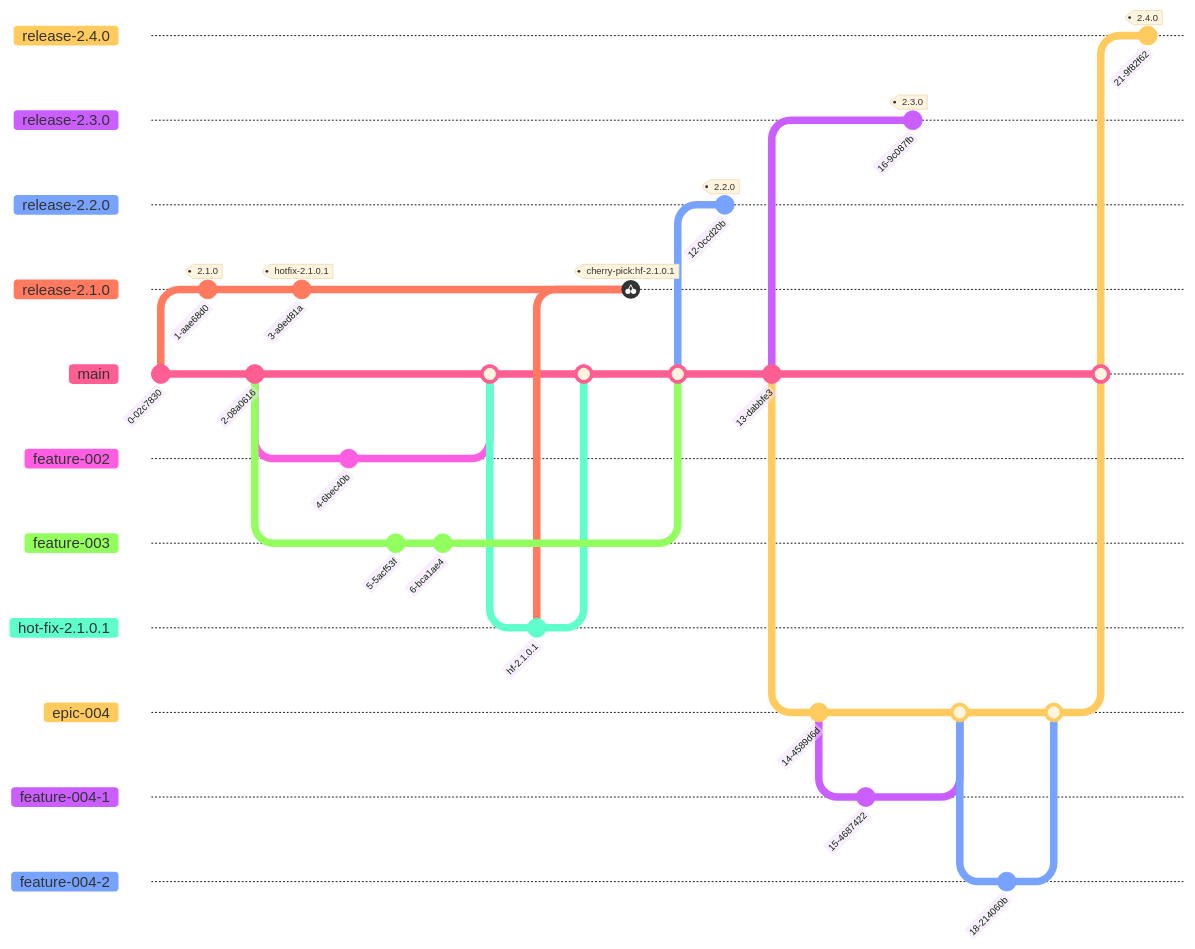
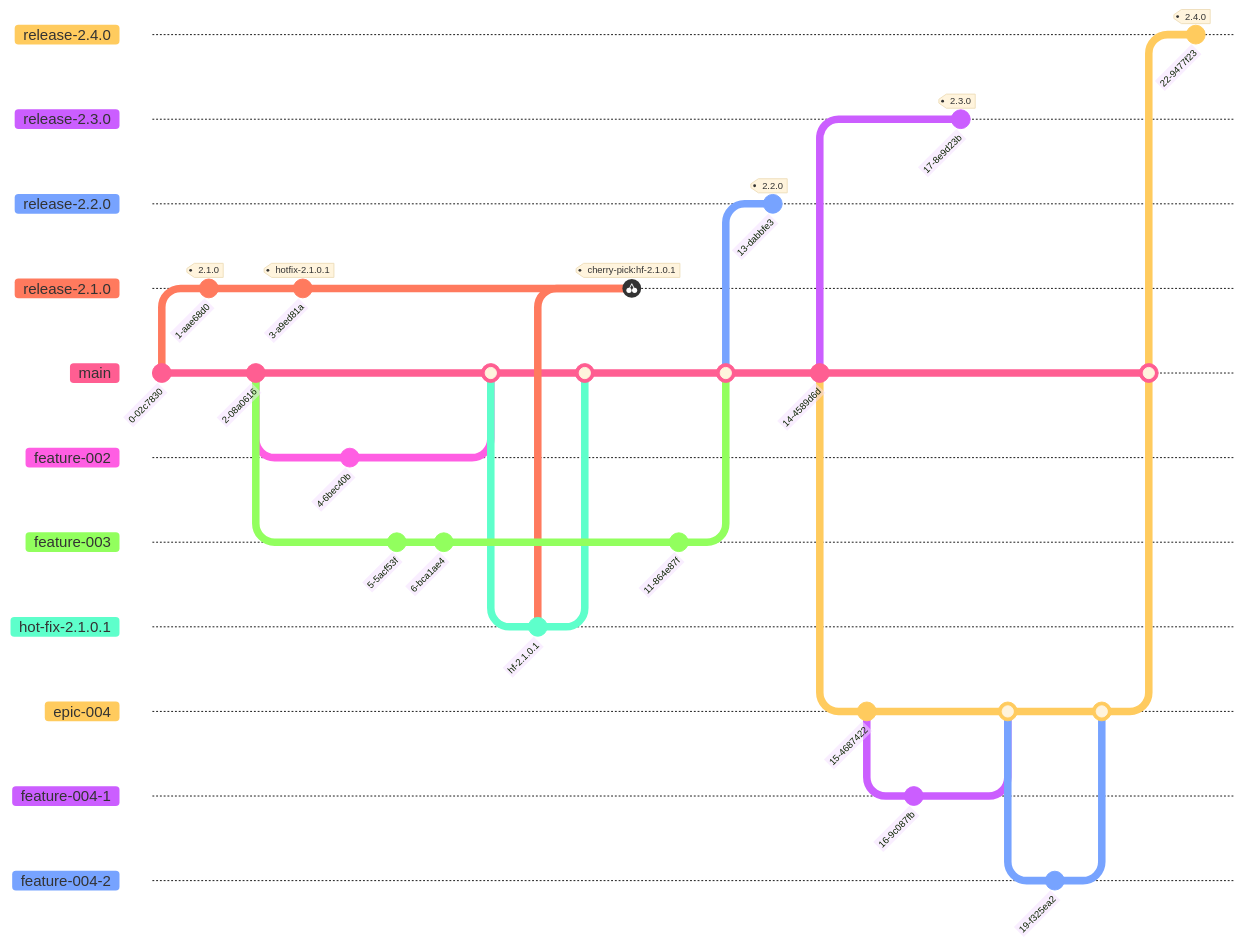
The first of 9 diagrams in docs/the-git-based-process-you-need-for-mainframe-development-DRAFT/introduction.md (IBM/dbb-zappbuild), drawn with Mermaid before and after one commit. The commit also changed other lines of this file, not shown here. Commit ids are hidden.

Commit message:
fix the all-in-one

````diff
--- a/docs/the-git-based-process-you-need-for-mainframe-development-DRAFT/introduction.md
+++ b/docs/the-git-based-process-you-need-for-mainframe-development-DRAFT/introduction.md
@@ -62,49 +62,53 @@
 ```mermaid
 %%{init: { 'fontFamily': 'IBM Plex Sans', 'logLevel': 'debug', 'theme': 'base', 'gitGraph': {'showBranches': true, 'showCommitLabel':true,'mainBranchOrder': 4}} }%%
       gitGraph
       commit
       branch release-2.1.0 order: 3
       commit tag: "2.1.0"
       checkout main
       commit
       checkout release-2.1.0
       commit tag: "hotfix-2.1.0.1"
       checkout main
       branch feature-002 order: 5
       commit
       checkout main
       branch feature-003 order: 6
       commit
       commit
       checkout main
       merge feature-002
       branch hot-fix-2.1.0.1 order: 6
       commit id:"hf-2.1.0.1"
       checkout main
       merge hot-fix-2.1.0.1
       checkout release-2.1.0
       cherry-pick id:"hf-2.1.0.1"
+      %% there is an oddity in colour and routing of the line
+      %% if there is not a commit before the merge.
+      checkout feature-003
+      commit
       checkout main
       merge feature-003
       branch release-2.2.0 order: 2
       commit tag: "2.2.0"
       checkout main
       commit
       branch epic-004 order: 7
       commit
       branch feature-004-1 order: 8
       commit
       checkout main
       branch release-2.3.0 order: 1
       commit tag: "2.3.0"
       checkout epic-004
       merge feature-004-1
       branch feature-004-2 order: 8
       commit
       checkout epic-004
       merge feature-004-2
       checkout main
       merge epic-004
       branch release-2.4.0 order: 0
       commit tag:"2.4.0"
 ```
````
